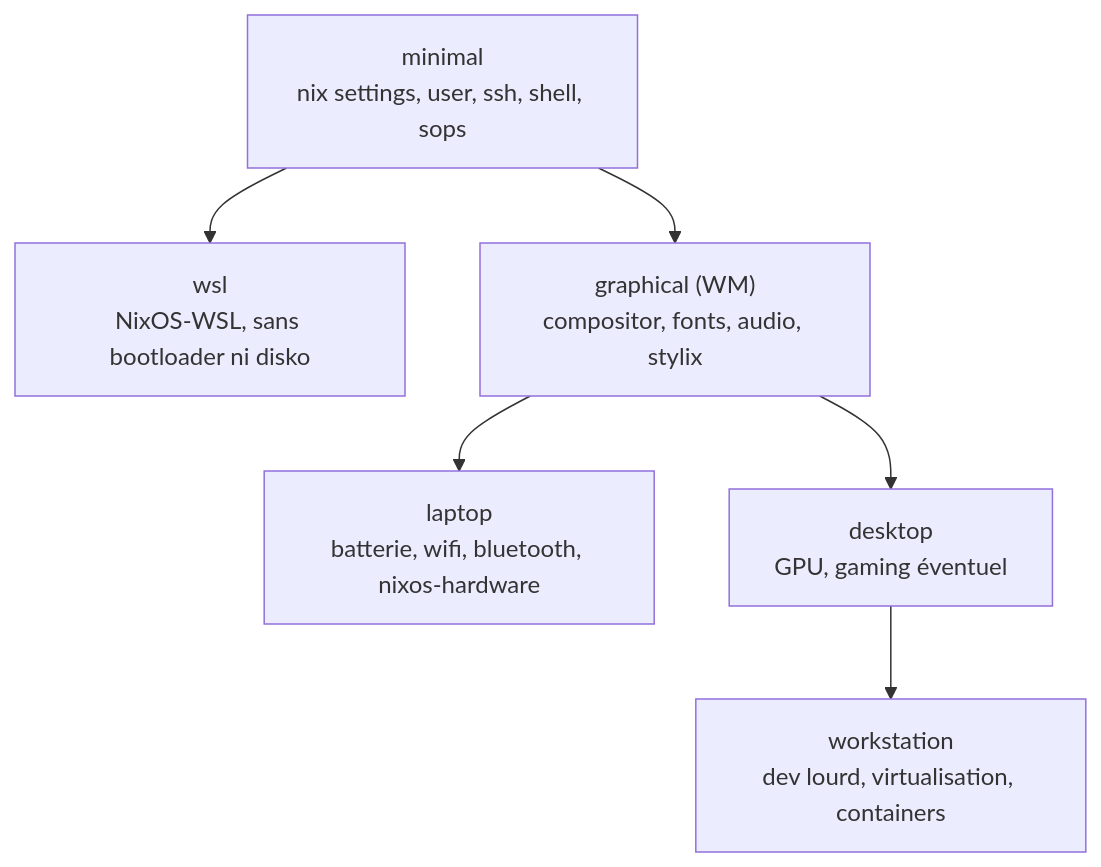
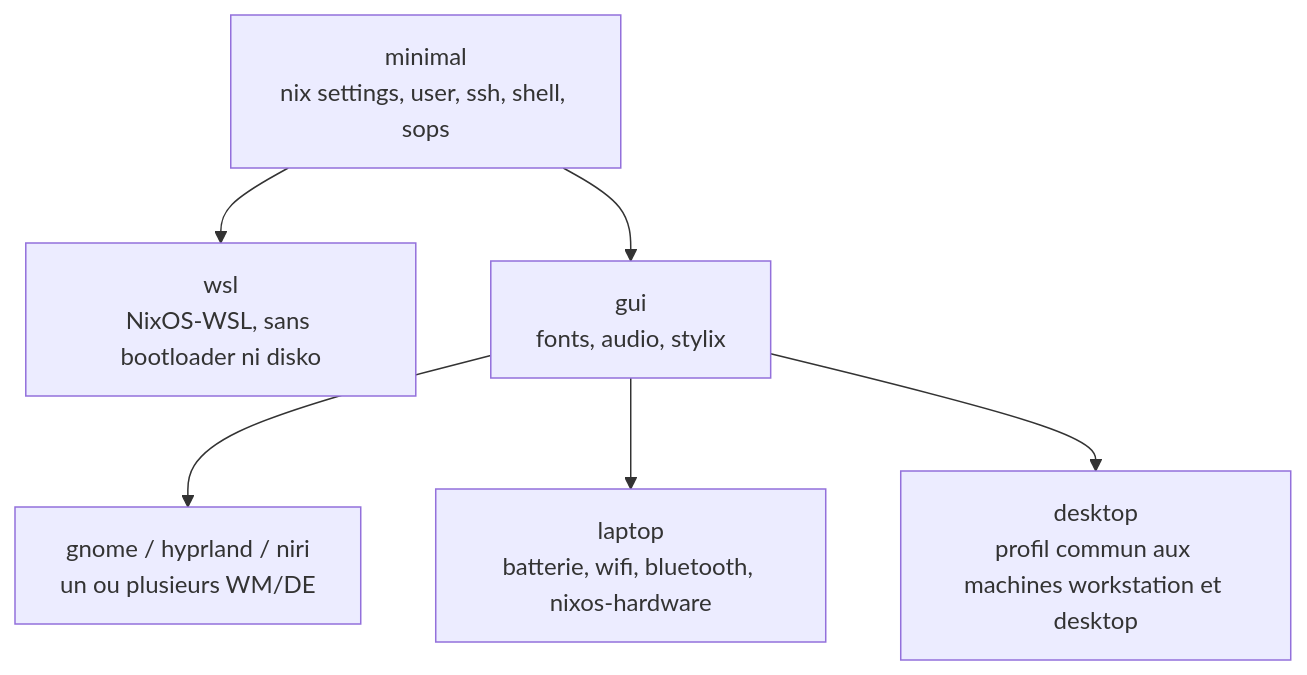
The diagram in docs/index.md (Mathod95/nixos), drawn with Mermaid before and after one commit. The commit also changed other lines of this file and 3 other files, not shown here.

First line of the commit message:
Documentation: décisions d'architecture, secrets et page Flake

````diff
--- a/docs/index.md
+++ b/docs/index.md
@@ -45,14 +122,14 @@
 ```mermaid
 graph TD
   minimal["minimal<br/>nix settings, user, ssh, shell, sops"]
   wsl["wsl<br/>NixOS-WSL, sans bootloader ni disko"]
-  graphical["graphical (WM)<br/>compositor, fonts, audio, stylix"]
+  gui["gui<br/>fonts, audio, stylix"]
+  wm["gnome / hyprland / niri<br/>un ou plusieurs WM/DE"]
   laptop["laptop<br/>batterie, wifi, bluetooth, nixos-hardware"]
-  desktop["desktop<br/>GPU, gaming éventuel"]
-  workstation["workstation<br/>dev lourd, virtualisation, containers"]
+  desktop["desktop<br/>profil commun aux machines workstation et desktop"]
   minimal --> wsl
-  minimal --> graphical
-  graphical --> laptop
-  graphical --> desktop
-  desktop --> workstation
+  minimal --> gui
+  gui --> wm
+  gui --> laptop
+  gui --> desktop
 ```
````
